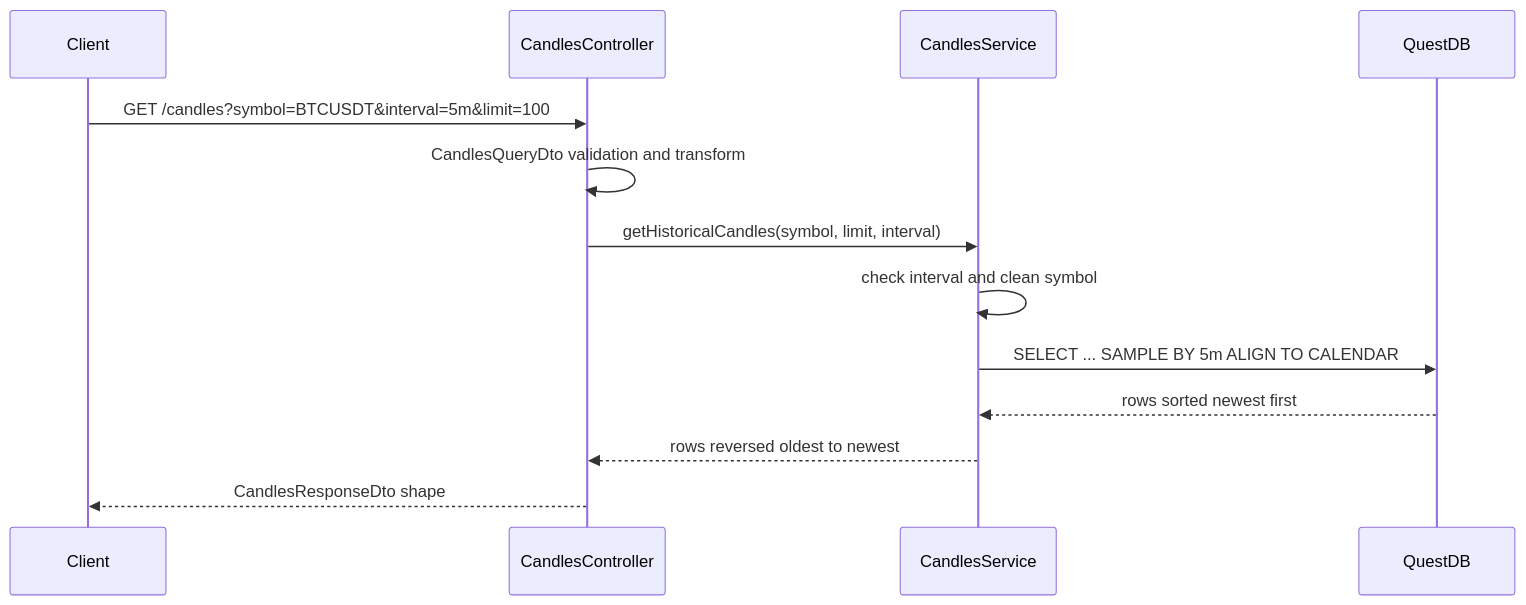
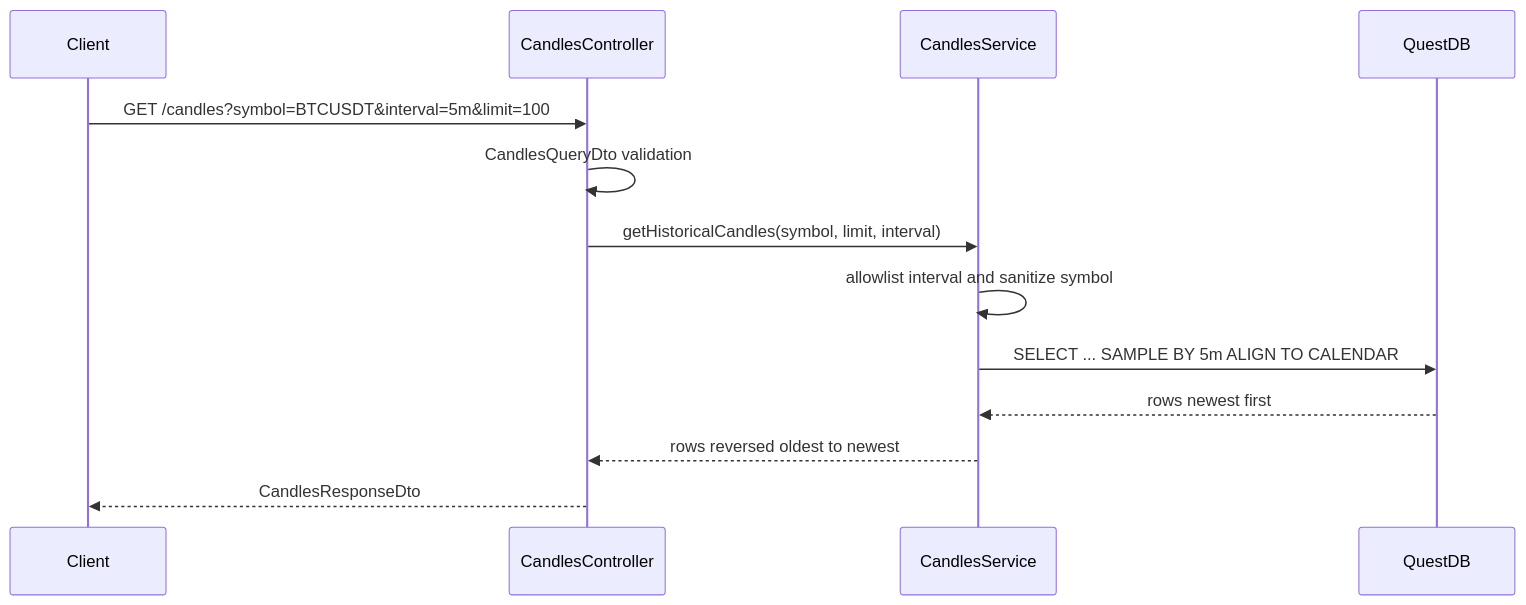
One commit to Zane-Theodore/NexTick changed the second of 3 diagrams in docs/architecture.md. Above: the diagram before and after it, drawn with Mermaid. The commit also changed other lines of this file and 6 other files, not shown here.

````diff
--- a/docs/architecture.md
+++ b/docs/architecture.md
@@ -141,16 +214,16 @@
 ```mermaid
 sequenceDiagram
   participant Client
   participant Controller as CandlesController
   participant Service as CandlesService
   participant DB as QuestDB
 
   Client->>Controller: GET /candles?symbol=BTCUSDT&interval=5m&limit=100
-  Controller->>Controller: CandlesQueryDto validation and transform
+  Controller->>Controller: CandlesQueryDto validation
   Controller->>Service: getHistoricalCandles(symbol, limit, interval)
-  Service->>Service: check interval and clean symbol
+  Service->>Service: allowlist interval and sanitize symbol
   Service->>DB: SELECT ... SAMPLE BY 5m ALIGN TO CALENDAR
-  DB-->>Service: rows sorted newest first
+  DB-->>Service: rows newest first
   Service-->>Controller: rows reversed oldest to newest
-  Controller-->>Client: CandlesResponseDto shape
+  Controller-->>Client: CandlesResponseDto
 ```
````
